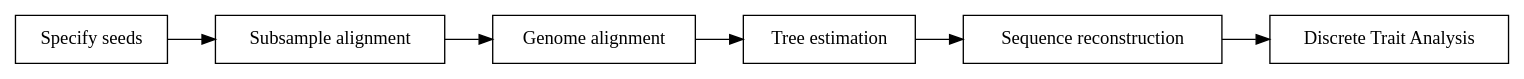
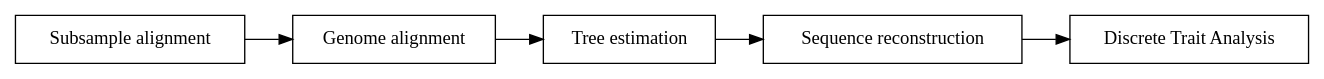
One commit to kraemer-lab/GRAPEVNE changed the diagram in docs/getting_started/tutorial-0intro.md. Above: the diagram before and after it, drawn with Graphviz. The commit also changed other lines of this file and 6 other files, not shown here.

````diff
--- a/docs/getting_started/tutorial-0intro.md
+++ b/docs/getting_started/tutorial-0intro.md
@@ -23,18 +22,17 @@
 ```{graphviz}
 :name: vocpl.workflow
 :caption: vocpl workflow
 :alt: alt
 :align: center
 digraph G {
     rankdir = LR;
     node [shape = box];
 
-    n1 [label="Specify seeds"];
-    n2 [label="Subsample alignment"];
-    n3 [label="Genome alignment"];
-    n4 [label="Tree estimation"];
-    n5 [label="Sequence reconstruction"];
-    n6 [label="Discrete Trait Analysis"];
-    n1 -> n2 -> n3 -> n4 -> n5 -> n6
+    n1 [label="Subsample alignment"];
+    n2 [label="Genome alignment"];
+    n3 [label="Tree estimation"];
+    n4 [label="Sequence reconstruction"];
+    n5 [label="Discrete Trait Analysis"];
+    n1 -> n2 -> n3 -> n4 -> n5
 }
 ```
````
